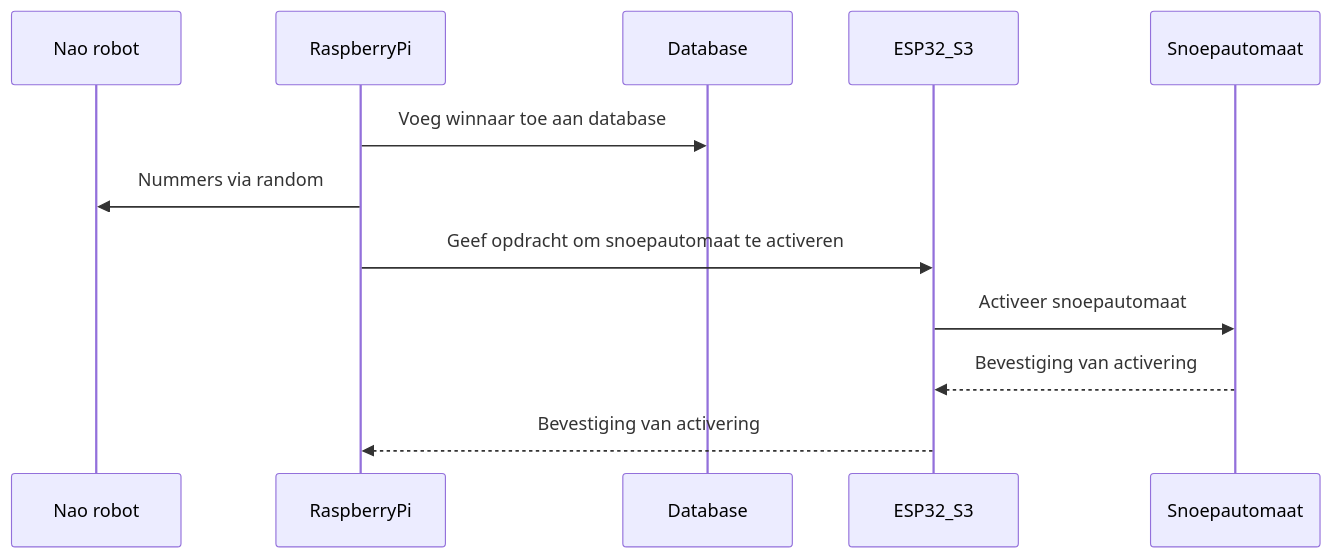
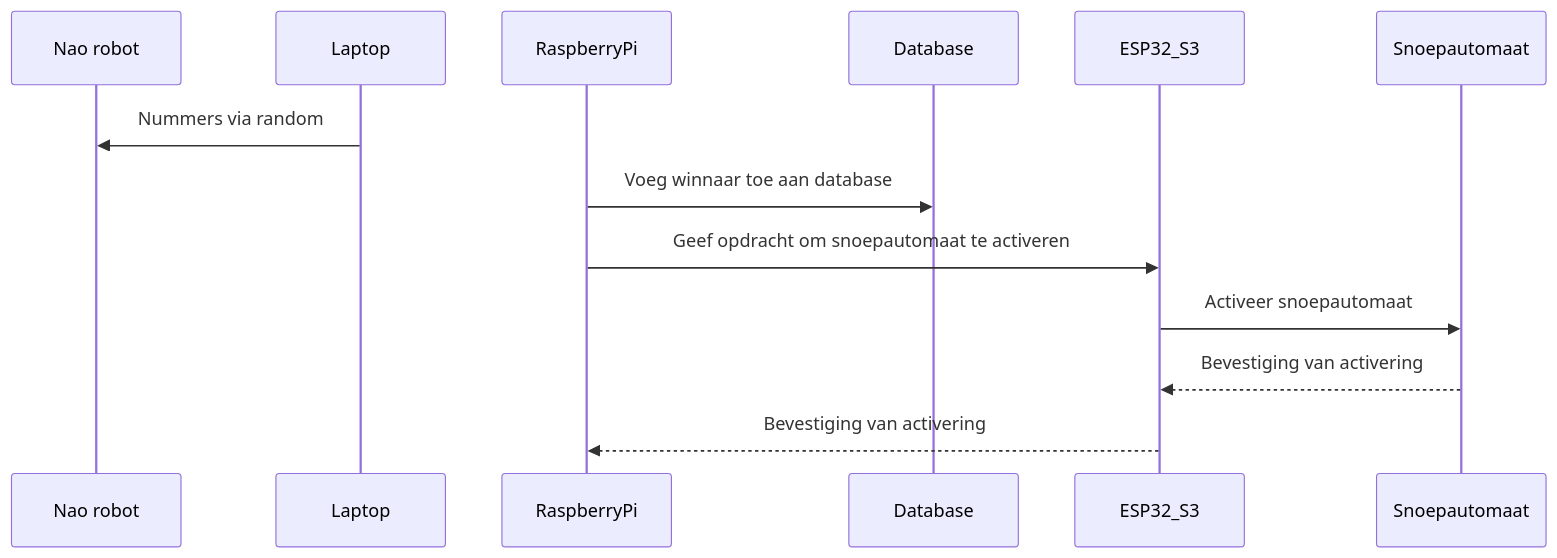
Before and after one commit to almukhabarat/bingo_game_elderly: the second of 2 diagrams in docs/architecture/architecture_diagram.md, drawn with Mermaid. The commit also changed other lines of this file, not shown here.

Commit message:
Changed the system architecture to use the right mermaid diagram.

````diff
--- a/docs/architecture/architecture_diagram.md
+++ b/docs/architecture/architecture_diagram.md
@@ -25,22 +35,16 @@
 ```mermaid 
-
-   sequenceDiagram
-   participant Nao robot
+    sequenceDiagram
+    participant Nao robot
+    participant Laptop
     participant RaspberryPi
     participant Database
     participant ESP32_S3
     participant Snoepautomaat
 
+    Laptop->>Nao robot: Nummers via random
     RaspberryPi->>Database: Voeg winnaar toe aan database
-    RaspberryPi->>Nao robot:Nummers via random
-    %% Database-->>RaspberryPi: Bevestiging van toevoeging
-    %% Database->>RaspberryPi: 
     RaspberryPi->>ESP32_S3: Geef opdracht om snoepautomaat te activeren
     ESP32_S3->>Snoepautomaat: Activeer snoepautomaat
     Snoepautomaat-->>ESP32_S3: Bevestiging van activering
     ESP32_S3-->>RaspberryPi: Bevestiging van activering
-
-
-
-
 ```
````
